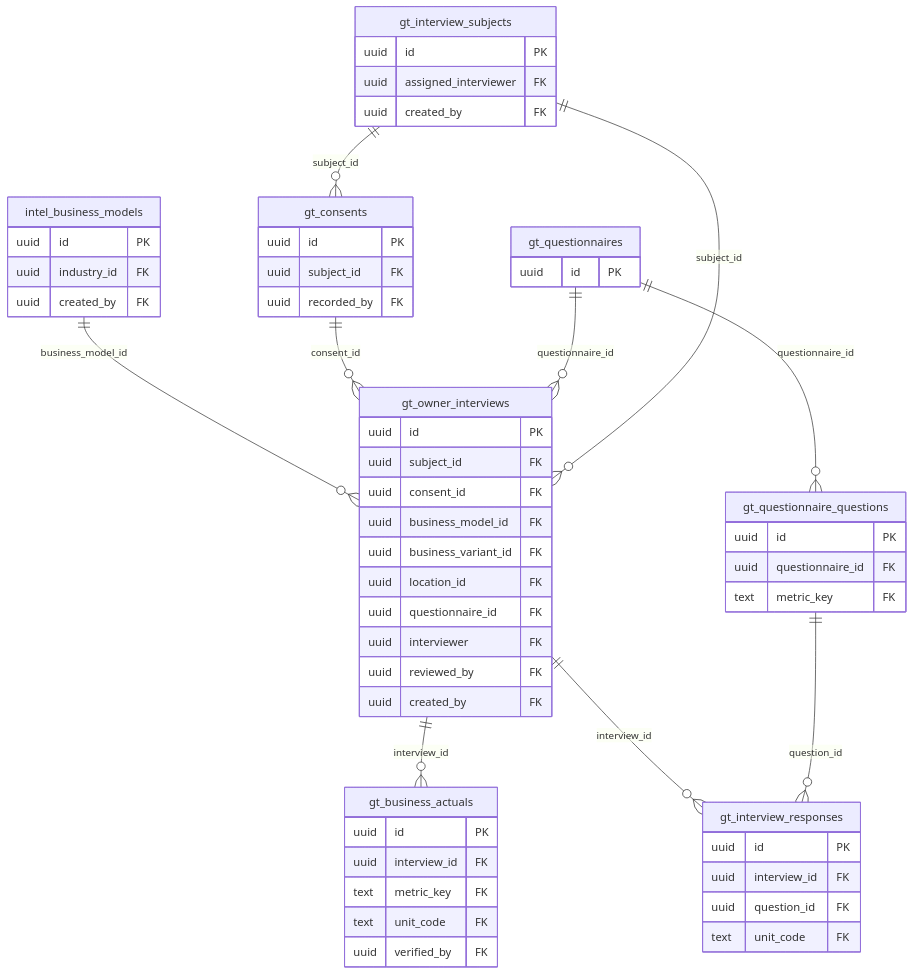
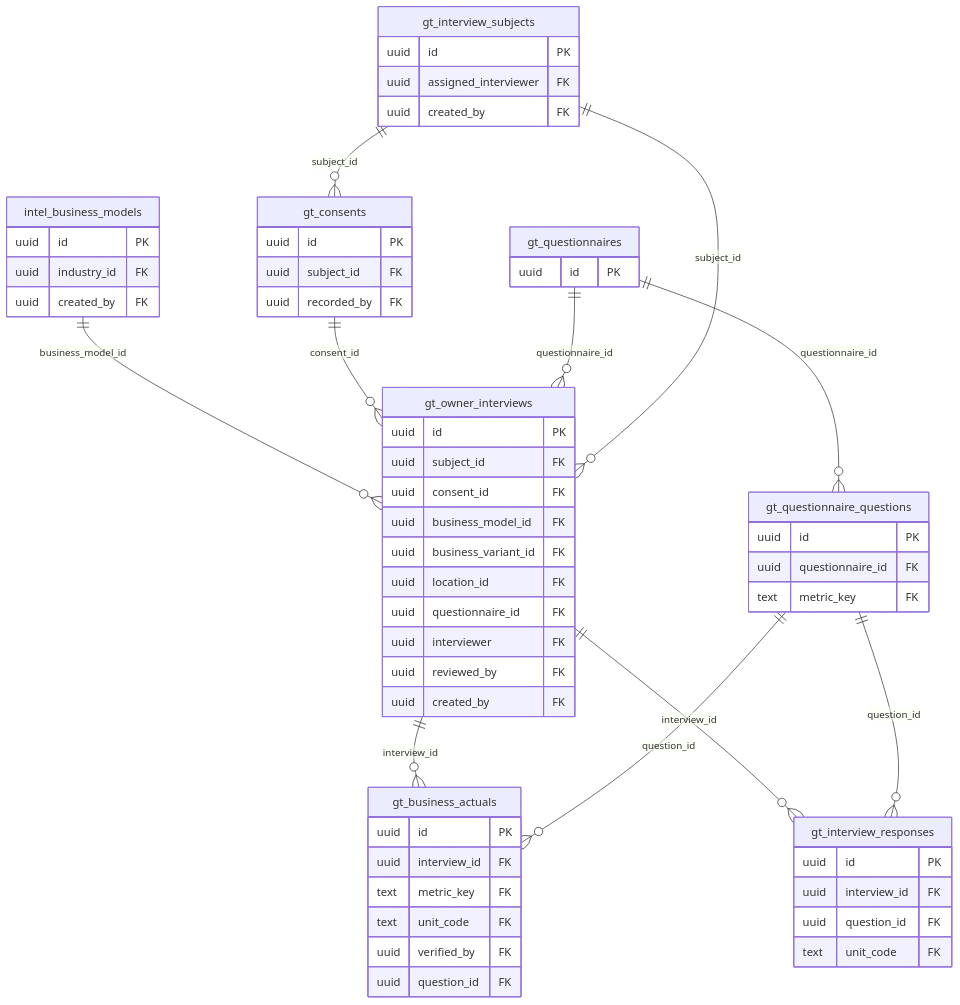
The seventh of 9 diagrams in docs/ERD.md (prahaislife-png/planb), drawn with Mermaid before and after one commit. The commit also changed 19 other files, not shown here.

````diff
--- a/docs/ERD.md
+++ b/docs/ERD.md
@@ -525,60 +525,62 @@
 ```mermaid
 erDiagram
   gt_interview_subjects {
     uuid id PK
     uuid assigned_interviewer FK
     uuid created_by FK
   }
   gt_consents {
     uuid id PK
     uuid subject_id FK
     uuid recorded_by FK
   }
   gt_owner_interviews {
     uuid id PK
     uuid subject_id FK
     uuid consent_id FK
     uuid business_model_id FK
     uuid business_variant_id FK
     uuid location_id FK
     uuid questionnaire_id FK
     uuid interviewer FK
     uuid reviewed_by FK
     uuid created_by FK
   }
   gt_interview_responses {
     uuid id PK
     uuid interview_id FK
     uuid question_id FK
     text unit_code FK
   }
   gt_business_actuals {
     uuid id PK
     uuid interview_id FK
     text metric_key FK
     text unit_code FK
     uuid verified_by FK
+    uuid question_id FK
   }
   gt_questionnaires {
     uuid id PK
   }
   gt_questionnaire_questions {
     uuid id PK
     uuid questionnaire_id FK
     text metric_key FK
   }
   intel_business_models {
     uuid id PK
     uuid industry_id FK
     uuid created_by FK
   }
   gt_owner_interviews ||--o{ gt_business_actuals : "interview_id"
+  gt_questionnaire_questions ||--o{ gt_business_actuals : "question_id"
   gt_interview_subjects ||--o{ gt_consents : "subject_id"
   gt_owner_interviews ||--o{ gt_interview_responses : "interview_id"
   gt_questionnaire_questions ||--o{ gt_interview_responses : "question_id"
   intel_business_models ||--o{ gt_owner_interviews : "business_model_id"
   gt_consents ||--o{ gt_owner_interviews : "consent_id"
   gt_questionnaires ||--o{ gt_owner_interviews : "questionnaire_id"
   gt_interview_subjects ||--o{ gt_owner_interviews : "subject_id"
   gt_questionnaires ||--o{ gt_questionnaire_questions : "questionnaire_id"
 ```
````
